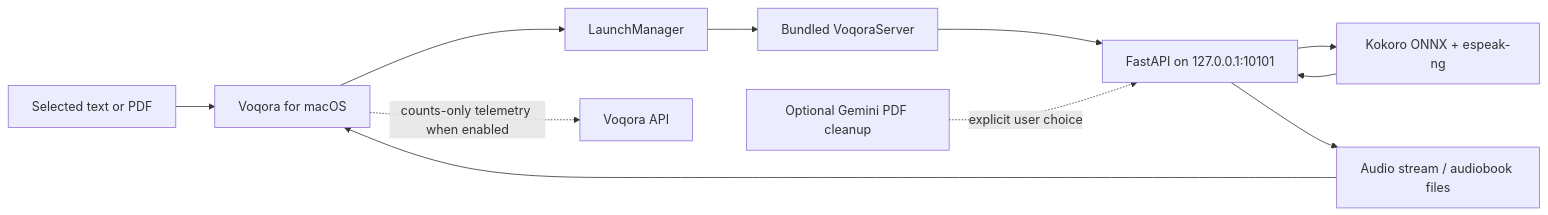
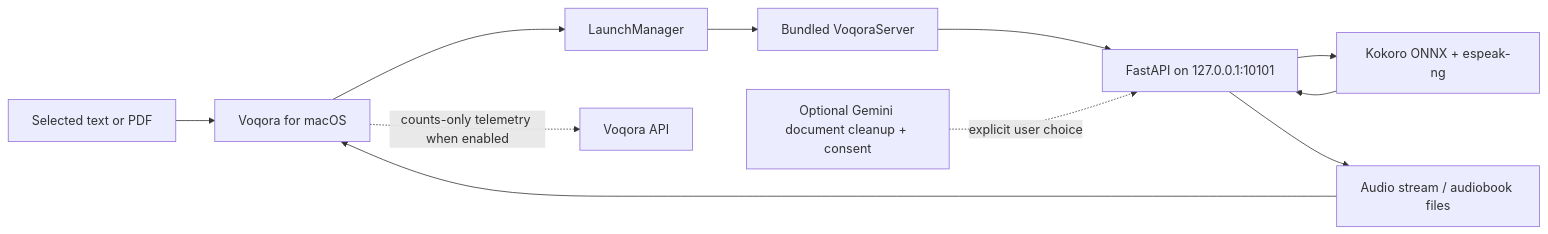
Before and after one commit to himudigonda/Voqora: the diagram in docs/architecture.md, drawn with Mermaid. The commit also changed other lines of this file and 118 other files, not shown here.

````diff
--- a/docs/architecture.md
+++ b/docs/architecture.md
@@ -9,13 +9,13 @@
 ```mermaid
 flowchart LR
     U["Selected text or PDF"] --> M["Voqora for macOS"]
     M --> L["LaunchManager"]
     L --> S["Bundled VoqoraServer"]
     S --> A["FastAPI on 127.0.0.1:10101"]
     A --> T["Kokoro ONNX + espeak-ng"]
     T --> A
     A --> P["Audio stream / audiobook files"]
     P --> M
-    O["Optional Gemini PDF cleanup"] -. explicit user choice .-> A
+    O["Optional Gemini document cleanup + consent"] -. explicit user choice .-> A
     M -. counts-only telemetry when enabled .-> H["Voqora API"]
 ```
````
